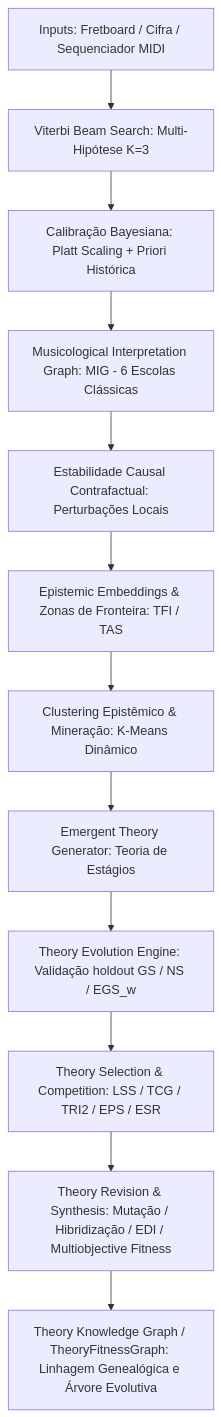
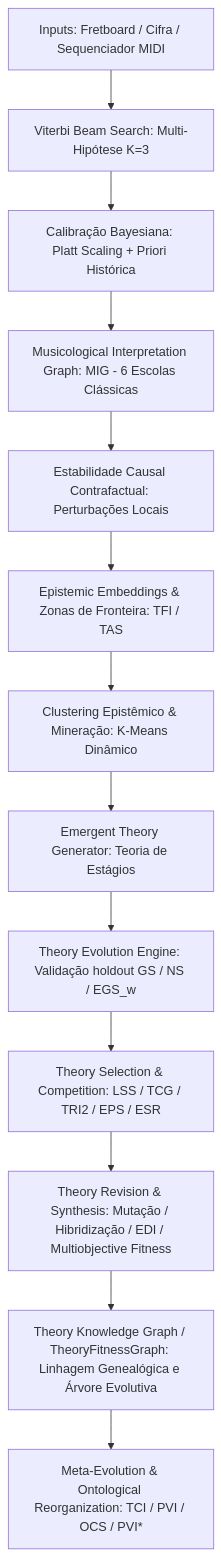
The diagram in README.md (gustavoesteves/FindChord), drawn with Mermaid before and after one commit. The commit also changed other lines of this file and 7 other files, not shown here.

Commit message:
feat(f11-m): implement meta-evolution & ontological theory reorganization

````diff
--- a/README.md
+++ b/README.md
@@ -13,14 +13,15 @@
 ```mermaid
 graph TD
     A[Inputs: Fretboard / Cifra / Sequenciador MIDI] --> B[Viterbi Beam Search: Multi-Hipótese K=3]
     B --> C[Calibração Bayesiana: Platt Scaling + Priori Histórica]
     C --> D[Musicological Interpretation Graph: MIG - 6 Escolas Clássicas]
     D --> E[Estabilidade Causal Contrafactual: Perturbações Locais]
     E --> F[Epistemic Embeddings & Zonas de Fronteira: TFI / TAS]
     F --> G[Clustering Epistêmico & Mineração: K-Means Dinâmico]
     G --> H[Emergent Theory Generator: Teoria de Estágios]
     H --> I[Theory Evolution Engine: Validação holdout GS / NS / EGS_w]
     I --> J[Theory Selection & Competition: LSS / TCG / TRI2 / EPS / ESR]
     J --> K[Theory Revision & Synthesis: Mutação / Hibridização / EDI / Multiobjective Fitness]
     K --> L[Theory Knowledge Graph / TheoryFitnessGraph: Linhagem Genealógica e Árvore Evolutiva]
+    L --> M[Meta-Evolution & Ontological Reorganization: TCI / PVI / OCS / PVI*]
 ```
````
